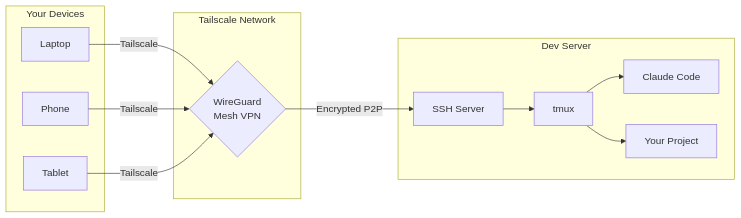
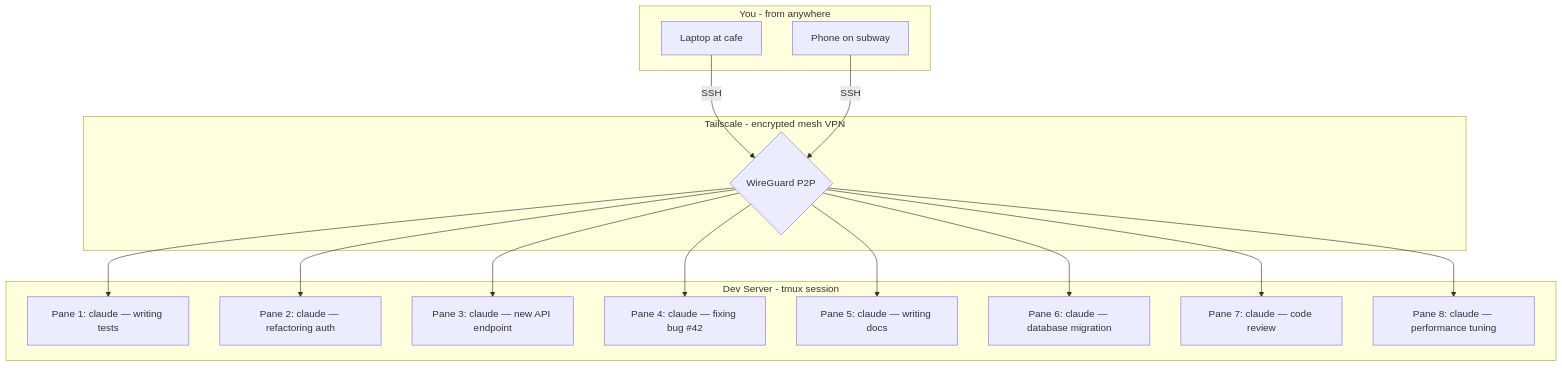
Before and after one commit to KoreanThinker/tailscale-ssh-tmux-claude-code: the first of 2 diagrams in README.md, drawn with Mermaid. The commit also changed other lines of this file and 4 other files, not shown here.

First line of the commit message:
refactor: 핵심 콘셉트를 'Claude Code 8개 동시 실행'으로 전면 변경

````diff
--- a/README.md
+++ b/README.md
@@ -111,27 +16,26 @@
 ```mermaid
-graph LR
-    subgraph Your Devices
-        A[Laptop]
-        B[Phone]
-        C[Tablet]
+graph TB
+    subgraph You - from anywhere
+        A[Laptop at cafe]
+        B[Phone on subway]
     end
 
-    subgraph Tailscale Network
-        D{WireGuard<br/>Mesh VPN}
+    subgraph Tailscale - encrypted mesh VPN
+        C{WireGuard P2P}
     end
 
-    subgraph Dev Server
-        E[SSH Server]
-        F[tmux]
-        G[Claude Code]
-        H[Your Project]
+    subgraph Dev Server - tmux session
+        D["Pane 1: claude — writing tests"]
+        E["Pane 2: claude — refactoring auth"]
+        F["Pane 3: claude — new API endpoint"]
+        G["Pane 4: claude — fixing bug #42"]
+        H["Pane 5: claude — writing docs"]
+        I["Pane 6: claude — database migration"]
+        J["Pane 7: claude — code review"]
+        K["Pane 8: claude — performance tuning"]
     end
 
-    A -->|Tailscale| D
-    B -->|Tailscale| D
-    C -->|Tailscale| D
-    D -->|Encrypted P2P| E
-    E --> F
-    F --> G
-    F --> H
+    A -->|SSH| C
+    B -->|SSH| C
+    C --> D & E & F & G & H & I & J & K
 ```
````
